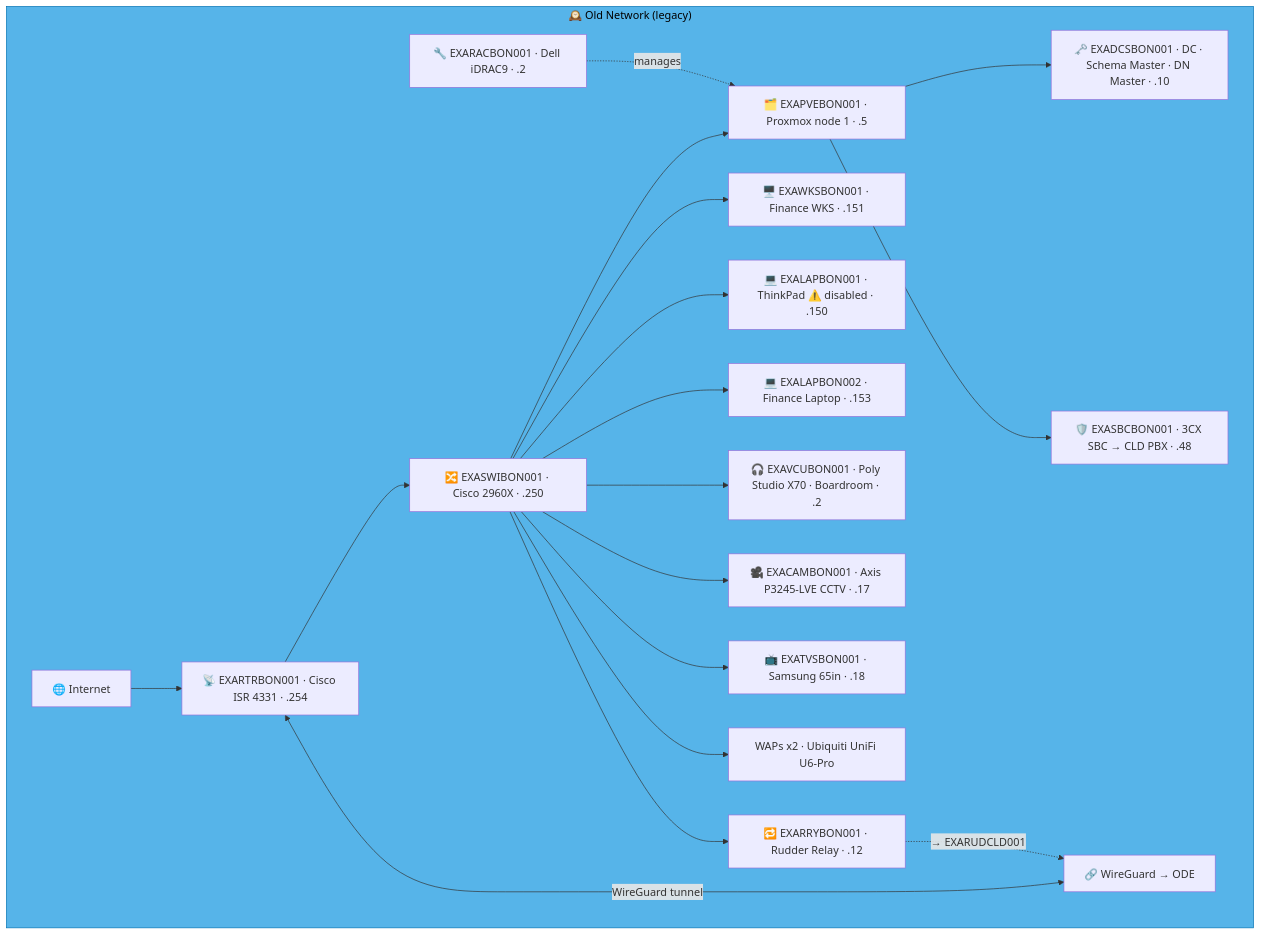
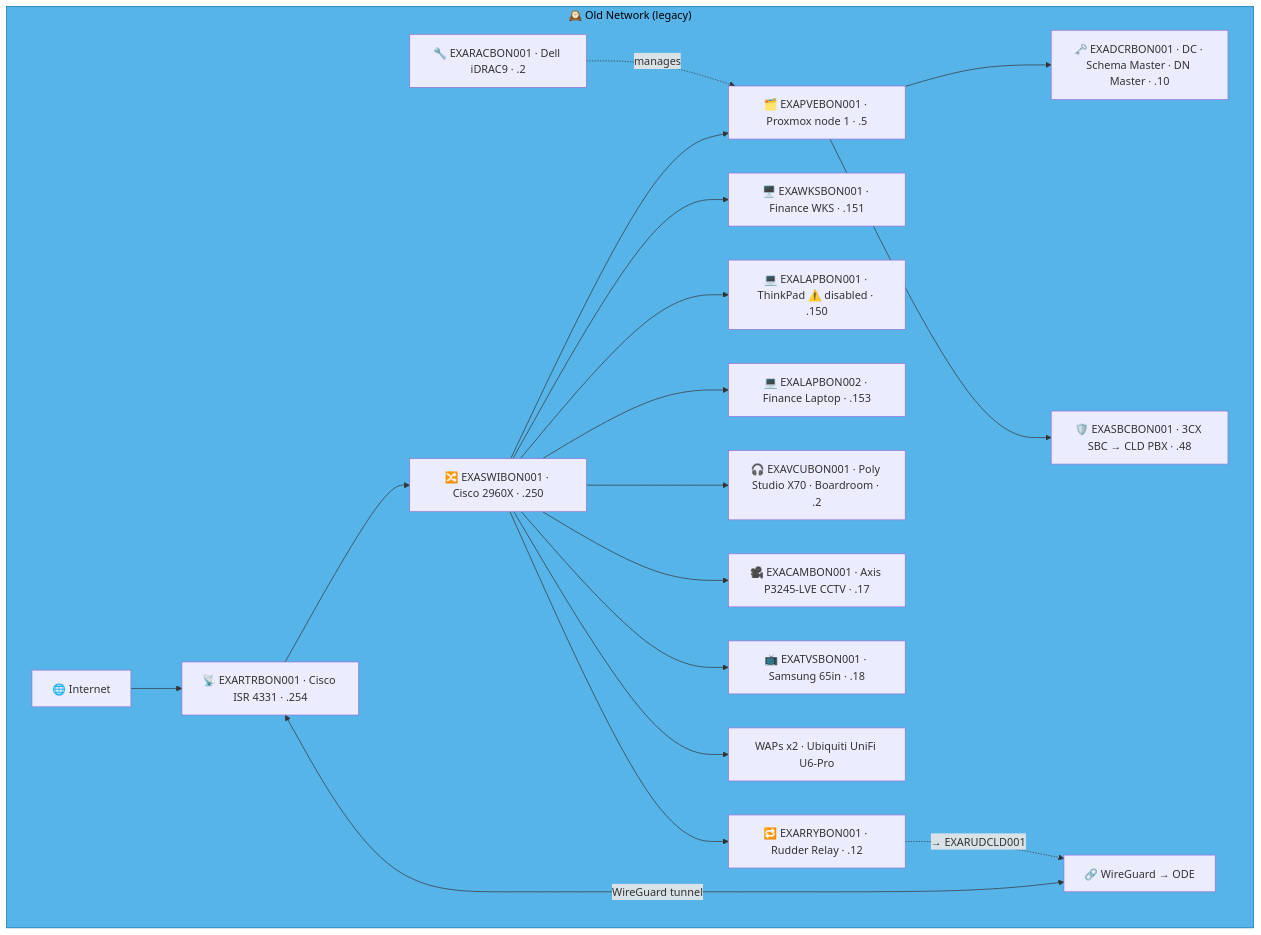
Before and after one commit to knightmare2600/example_music_infra: the second of 13 diagrams in docs/network-diagram/deutschland.md, drawn with Mermaid. The commit also changed other lines of this file and 8 other files, not shown here.

````diff
--- a/docs/network-diagram/deutschland.md
+++ b/docs/network-diagram/deutschland.md
@@ -70,31 +67,31 @@
 ```mermaid
 graph TD
     subgraph OLD_BON ["🕰️ Old Network (legacy)"]
       INET["🌐 Internet"]
       SW["🔀 EXASWIBON001 · Cisco 2960X · .250"]
       RTR["📡 EXARTRBON001 · Cisco ISR 4331 · .254"]
       RAC["🔧 EXARACBON001 · Dell iDRAC9 · .2"]
       PVE["🗂️ EXAPVEBON001 · Proxmox node 1 · .5"]
-      DC["🗝️ EXADCSBON001 · DC · Schema Master · DN Master · .10"]
+      DC["🗝️ EXADCRBON001 · DC · Schema Master · DN Master · .10"]
       SBC["🛡️ EXASBCBON001 · 3CX SBC → CLD PBX · .48"]
       RRY["🔁 EXARRYBON001 · Rudder Relay · .12"]
       WKS["🖥️ EXAWKSBON001 · Finance WKS · .151"]
       LAP1["💻 EXALAPBON001 · ThinkPad ⚠️ disabled · .150"]
       LAP2["💻 EXALAPBON002 · Finance Laptop · .153"]
       VCU["🎧 EXAVCUBON001 · Poly Studio X70 · Boardroom · .2"]
       CAM["🎥 EXACAMBON001 · Axis P3245-LVE CCTV · .17"]
       TV["📺 EXATVSBON001 · Samsung 65in · .18"]
       WAP["WAPs x2 · Ubiquiti UniFi U6-Pro"]
       VPN["🔗 WireGuard → ODE"]
 
       INET --> RTR --> SW
       SW --> PVE --> DC & SBC
       RAC -.->|"manages"| PVE
       SW --> WKS & LAP1 & LAP2 & VCU & CAM & TV & WAP
       RTR <-->|"WireGuard tunnel"| VPN
 
       SW --> RRY
       RRY -. "→ EXARUDCLD001" .-> VPN
     end
     style OLD_BON fill:#56B4E9,stroke:#0072B2,color:#000000
 ```
````
